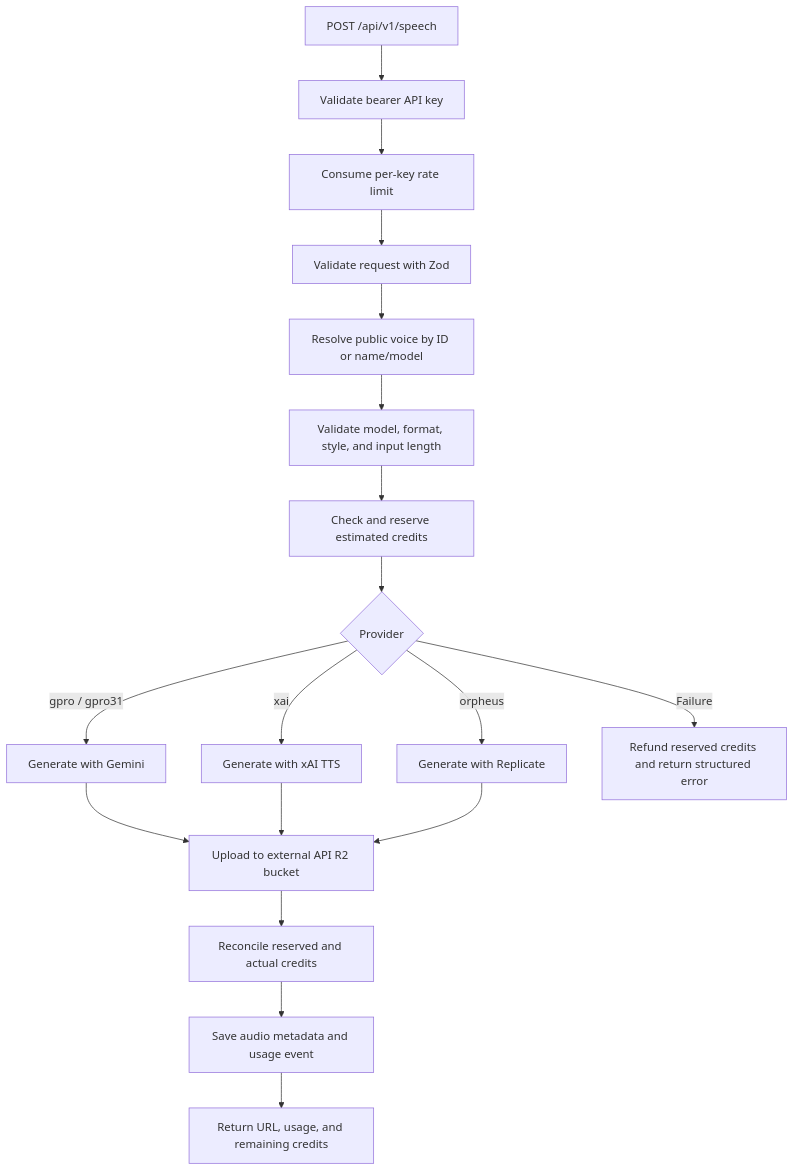
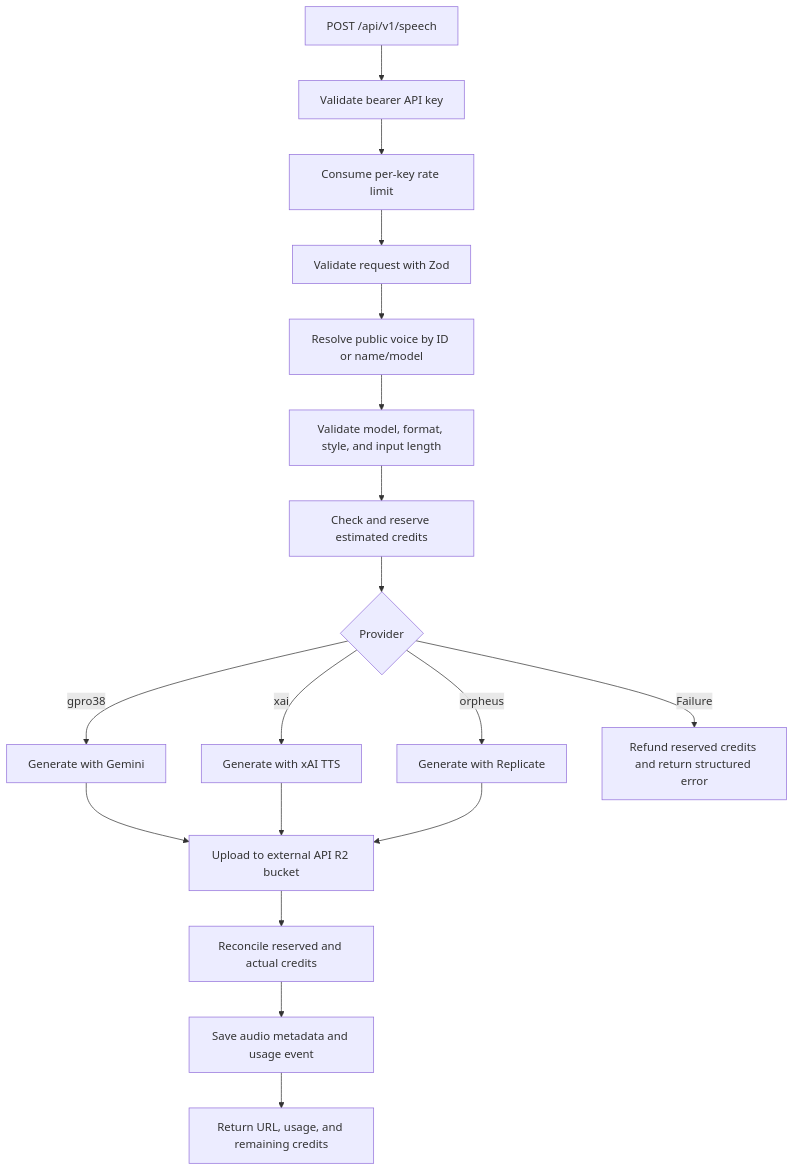
One commit to gianpaj/sexyvoice changed the second of 5 diagrams in ARCHITECTURE.md. Above: the diagram before and after it, drawn with Mermaid. The commit also changed other lines of this file and 62 other files, not shown here.

````diff
--- a/ARCHITECTURE.md
+++ b/ARCHITECTURE.md
@@ -135,20 +133,20 @@
 ```mermaid
 flowchart TD
     A["POST /api/v1/speech"] --> B["Validate bearer API key"]
     B --> C["Consume per-key rate limit"]
     C --> D["Validate request with Zod"]
     D --> E["Resolve public voice by ID or name/model"]
     E --> F["Validate model, format, style, and input length"]
     F --> G["Check and reserve estimated credits"]
     G --> H{"Provider"}
-    H -->|"gpro / gpro31"| I["Generate with Gemini"]
+    H -->|"gpro38"| I["Generate with Gemini"]
     H -->|"xai"| J["Generate with xAI TTS"]
     H -->|"orpheus"| K["Generate with Replicate"]
     I --> L["Upload to external API R2 bucket"]
     J --> L
     K --> L
     L --> M["Reconcile reserved and actual credits"]
     M --> N["Save audio metadata and usage event"]
     N --> O["Return URL, usage, and remaining credits"]
     H -->|"Failure"| P["Refund reserved credits and return structured error"]
 ```
````
